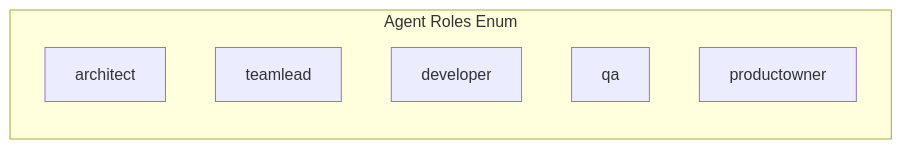
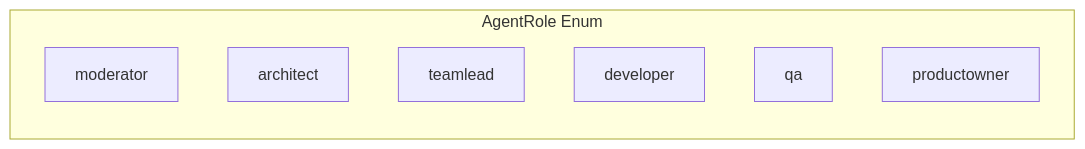
The second of 5 diagrams in docs/system-design.md (ia64mail/quorum), drawn with Mermaid before and after one commit. The commit also changed other lines of this file and 2 other files, not shown here.

Commit message:
Update system design documentation to describe Streamable HTTP protocol adoption, container hardening measures, context file persistence in `quorum.context`, `ClarificationHandler` introduction, and role-based permission enforcement.

````diff
--- a/docs/system-design.md
+++ b/docs/system-design.md
@@ -125,10 +159,11 @@
 ```mermaid
 graph LR
-    subgraph "Agent Roles Enum"
+    subgraph "AgentRole Enum"
+        MOD[moderator]
         ARCH[architect]
         TL[teamlead]
         DEV[developer]
         QA[qa]
         PO[productowner]
     end
 ```
````
